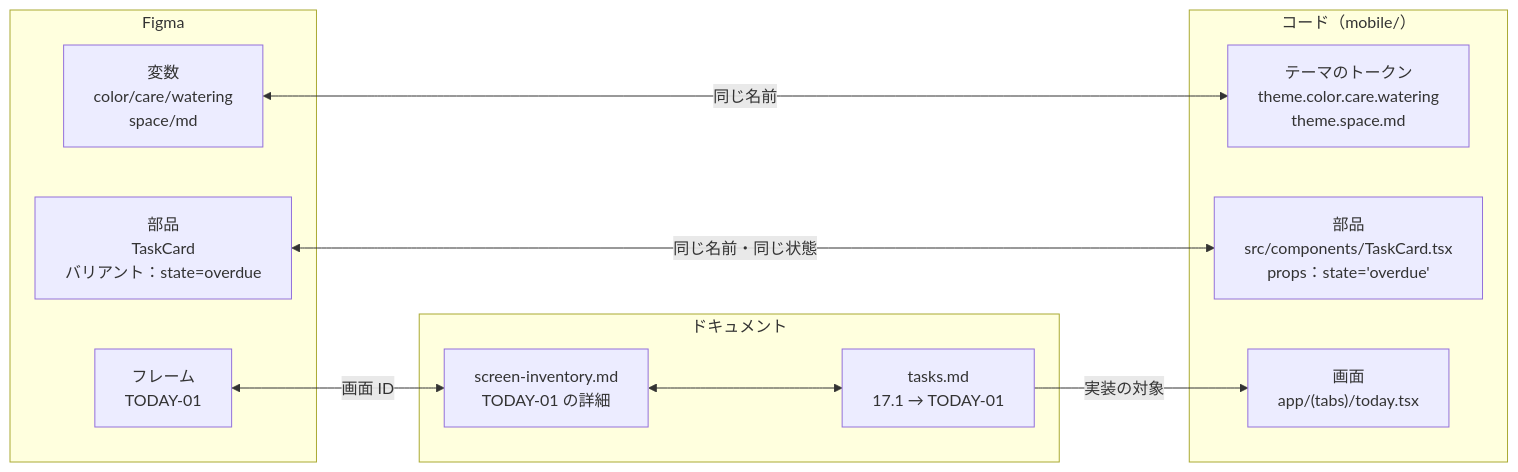
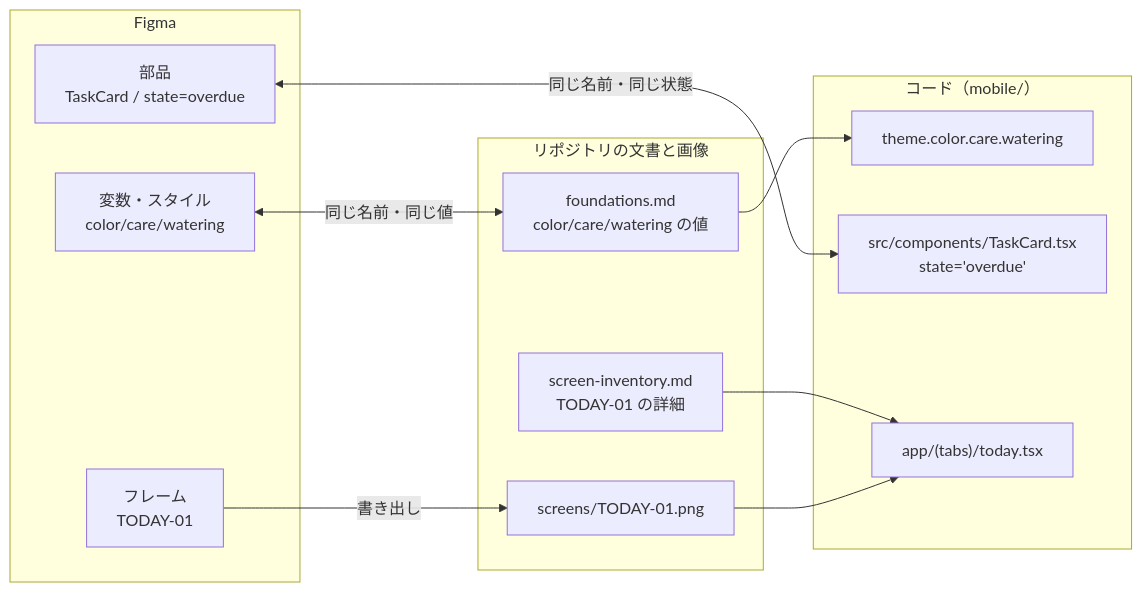
One commit to ch00z00/uchinokusa changed the third of 7 diagrams in docs/design/design-to-implementation.md. Above: the diagram before and after it, drawn with Mermaid. The commit also changed other lines of this file and 6 other files, not shown here.

````diff
--- a/docs/design/design-to-implementation.md
+++ b/docs/design/design-to-implementation.md
@@ -85,25 +96,27 @@
 ```mermaid
 flowchart LR
     subgraph FG["Figma"]
-        FV["変数<br/>color/care/watering<br/>space/md"]
-        FC["部品<br/>TaskCard<br/>バリアント：state=overdue"]
+        FV["変数・スタイル<br/>color/care/watering"]
+        FC["部品<br/>TaskCard / state=overdue"]
         FF["フレーム<br/>TODAY-01"]
     end
 
-    subgraph CODE["コード（mobile/）"]
-        CV["テーマのトークン<br/>theme.color.care.watering<br/>theme.space.md"]
-        CC["部品<br/>src/components/TaskCard.tsx<br/>props：state='overdue'"]
-        CF["画面<br/>app/(tabs)/today.tsx"]
+    subgraph DOC["リポジトリの文書と画像"]
+        DF["foundations.md<br/>color/care/watering の値"]
+        DI["screen-inventory.md<br/>TODAY-01 の詳細"]
+        DS["screens/TODAY-01.png"]
     end
 
-    subgraph DOC["ドキュメント"]
-        DI["screen-inventory.md<br/>TODAY-01 の詳細"]
-        DT["tasks.md<br/>17.1 → TODAY-01"]
+    subgraph CODE["コード（mobile/）"]
+        CV["theme.color.care.watering"]
+        CC["src/components/TaskCard.tsx<br/>state='overdue'"]
+        CF["app/(tabs)/today.tsx"]
     end
 
-    FV <-->|"同じ名前"| CV
+    FV <-->|"同じ名前・同じ値"| DF
+    DF --> CV
     FC <-->|"同じ名前・同じ状態"| CC
-    FF <-->|"画面 ID"| DI
-    DI <--> DT
-    DT -->|"実装の対象"| CF
+    FF -->|"書き出し"| DS
+    DI --> CF
+    DS --> CF
 ```
````
